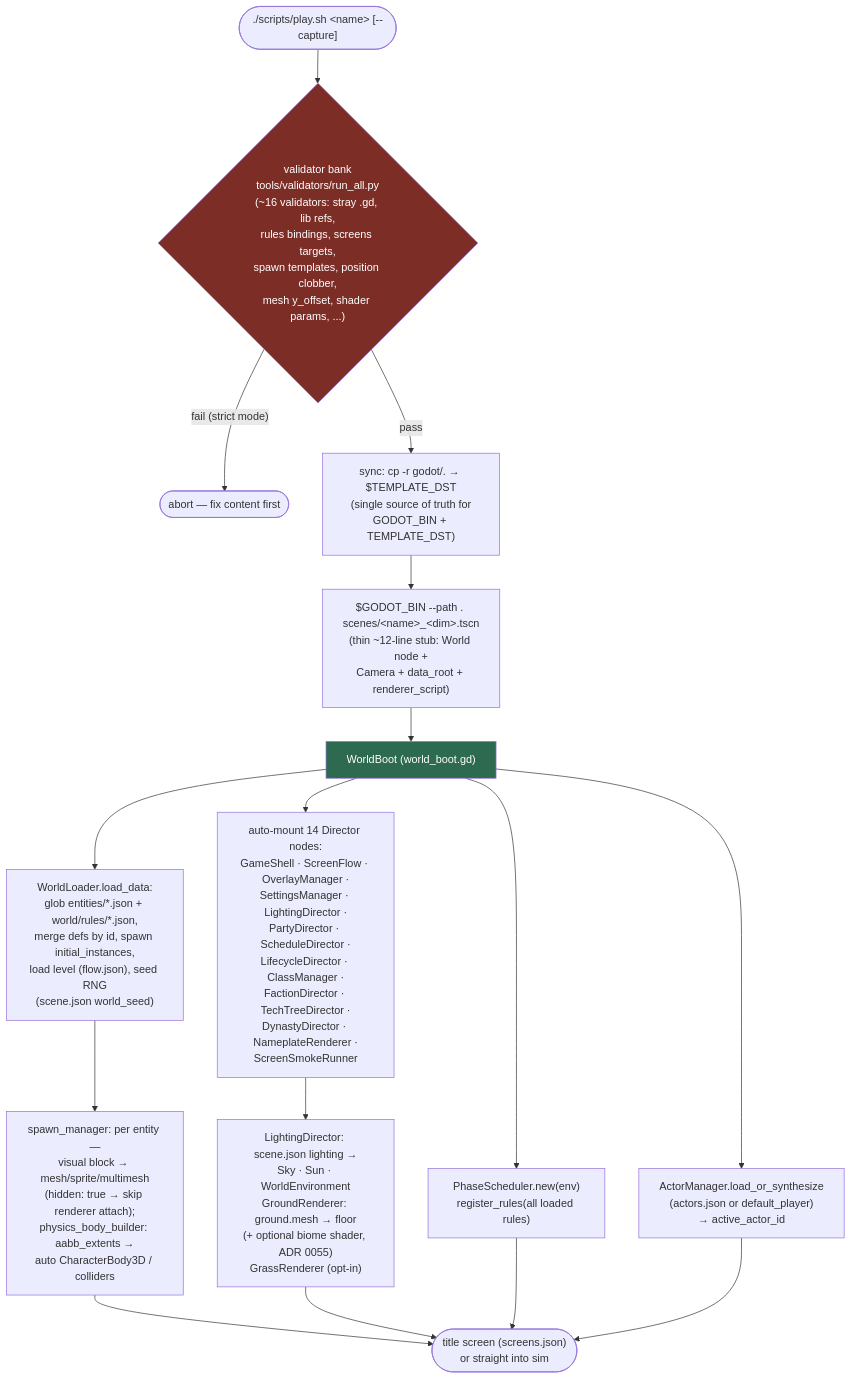
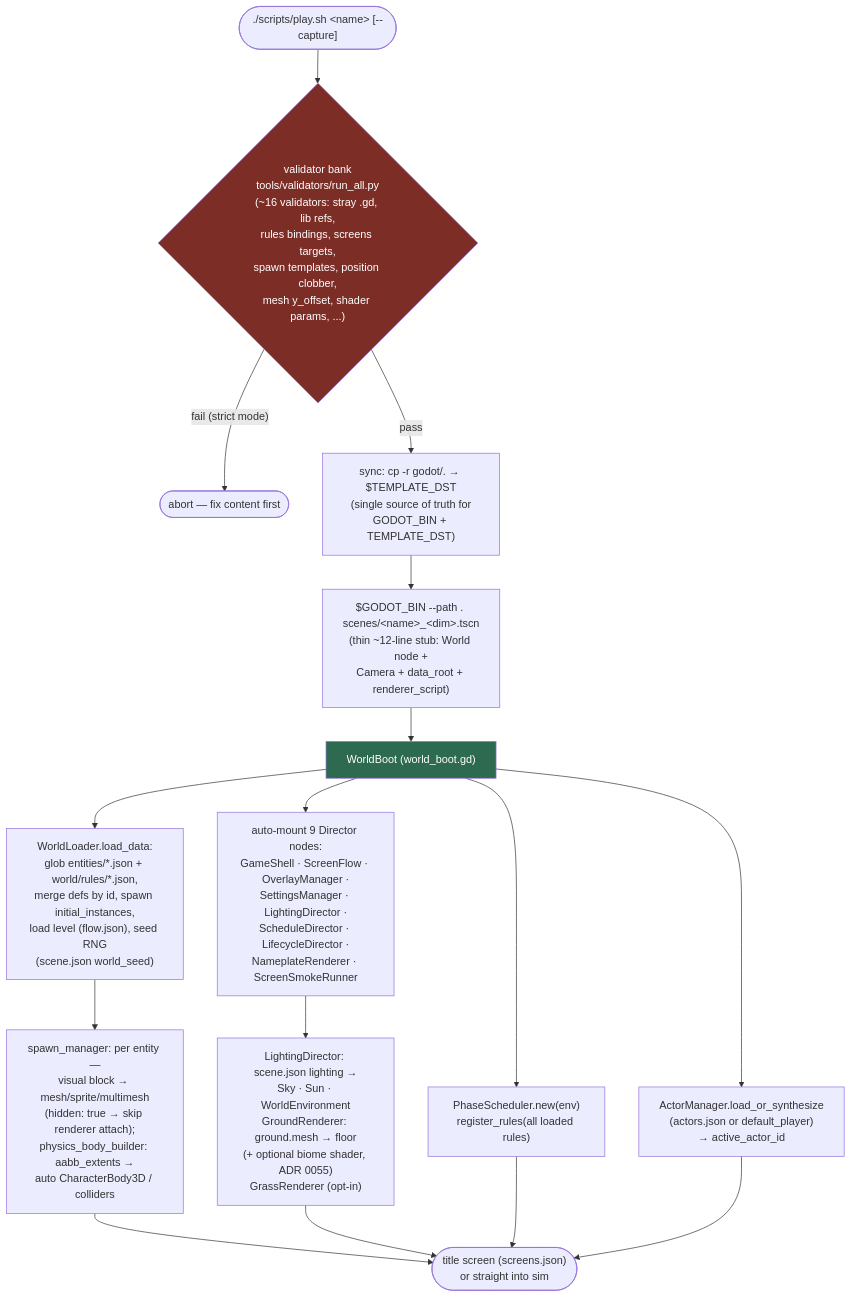
One commit to kamwoh/yume changed the fourth of 6 diagrams in docs/engine-reference/yume-flow.md. Above: the diagram before and after it, drawn with Mermaid. The commit also changed 47 other files, not shown here.

````diff
--- a/docs/engine-reference/yume-flow.md
+++ b/docs/engine-reference/yume-flow.md
@@ -168,32 +168,32 @@
 ```mermaid
 flowchart TD
     PLAY(["./scripts/play.sh &lt;name&gt; [--capture]"])
 
     PLAY --> VAL{"validator bank<br/>tools/validators/run_all.py<br/>(~16 validators: stray .gd, lib refs,<br/>rules bindings, screens targets,<br/>spawn templates, position clobber,<br/>mesh y_offset, shader params, ...)"}
     VAL -- "fail (strict mode)" --> STOP(["abort — fix content first"])
     VAL -- pass --> SYNC["sync: cp -r godot/. → $TEMPLATE_DST<br/>(single source of truth for<br/>GODOT_BIN + TEMPLATE_DST)"]
 
     SYNC --> LAUNCH["$GODOT_BIN --path . scenes/&lt;name&gt;_&lt;dim&gt;.tscn<br/>(thin ~12-line stub: World node +<br/>Camera + data_root + renderer_script)"]
 
     LAUNCH --> BOOT["WorldBoot (world_boot.gd)"]
 
-    BOOT --> DIR["auto-mount 14 Director nodes:<br/>GameShell · ScreenFlow · OverlayManager ·<br/>SettingsManager · LightingDirector ·<br/>PartyDirector · ScheduleDirector ·<br/>LifecycleDirector · ClassManager ·<br/>FactionDirector · TechTreeDirector ·<br/>DynastyDirector · NameplateRenderer ·<br/>ScreenSmokeRunner"]
+    BOOT --> DIR["auto-mount 9 Director nodes:<br/>GameShell · ScreenFlow · OverlayManager ·<br/>SettingsManager · LightingDirector ·<br/>ScheduleDirector · LifecycleDirector ·<br/>NameplateRenderer · ScreenSmokeRunner"]
 
     BOOT --> AM["ActorManager.load_or_synthesize<br/>(actors.json or default_player)<br/>→ active_actor_id"]
 
     BOOT --> WL2["WorldLoader.load_data:<br/>glob entities/*.json + world/rules/*.json,<br/>merge defs by id, spawn initial_instances,<br/>load level (flow.json), seed RNG<br/>(scene.json world_seed)"]
 
     WL2 --> SPAWN["spawn_manager: per entity —<br/>visual block → mesh/sprite/multimesh<br/>(hidden: true → skip renderer attach);<br/>physics_body_builder: aabb_extents →<br/>auto CharacterBody3D / colliders"]
 
     DIR --> ENV2["LightingDirector: scene.json lighting →<br/>Sky · Sun · WorldEnvironment<br/>GroundRenderer: ground.mesh → floor<br/>(+ optional biome shader, ADR 0055)<br/>GrassRenderer (opt-in)"]
 
     BOOT --> SCHED["PhaseScheduler.new(env)<br/>register_rules(all loaded rules)"]
 
     SPAWN --> READY(["title screen (screens.json)<br/>or straight into sim"])
     ENV2 --> READY
     SCHED --> READY
     AM --> READY
 
     style VAL fill:#7b2d26,color:#fff
     style BOOT fill:#2d6a4f,color:#fff
 ```
````
